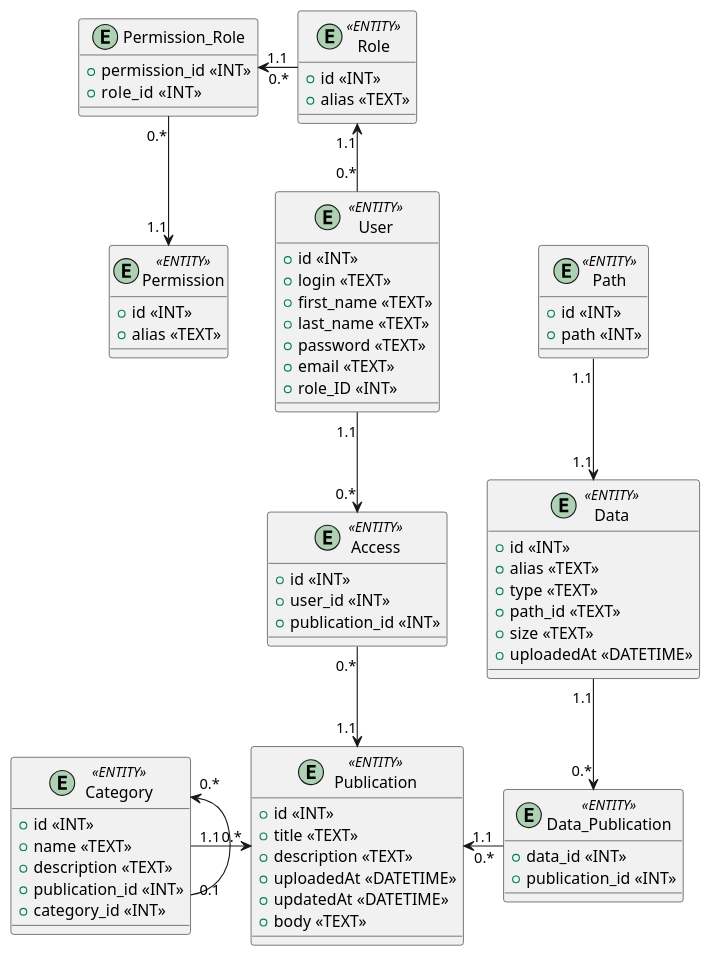
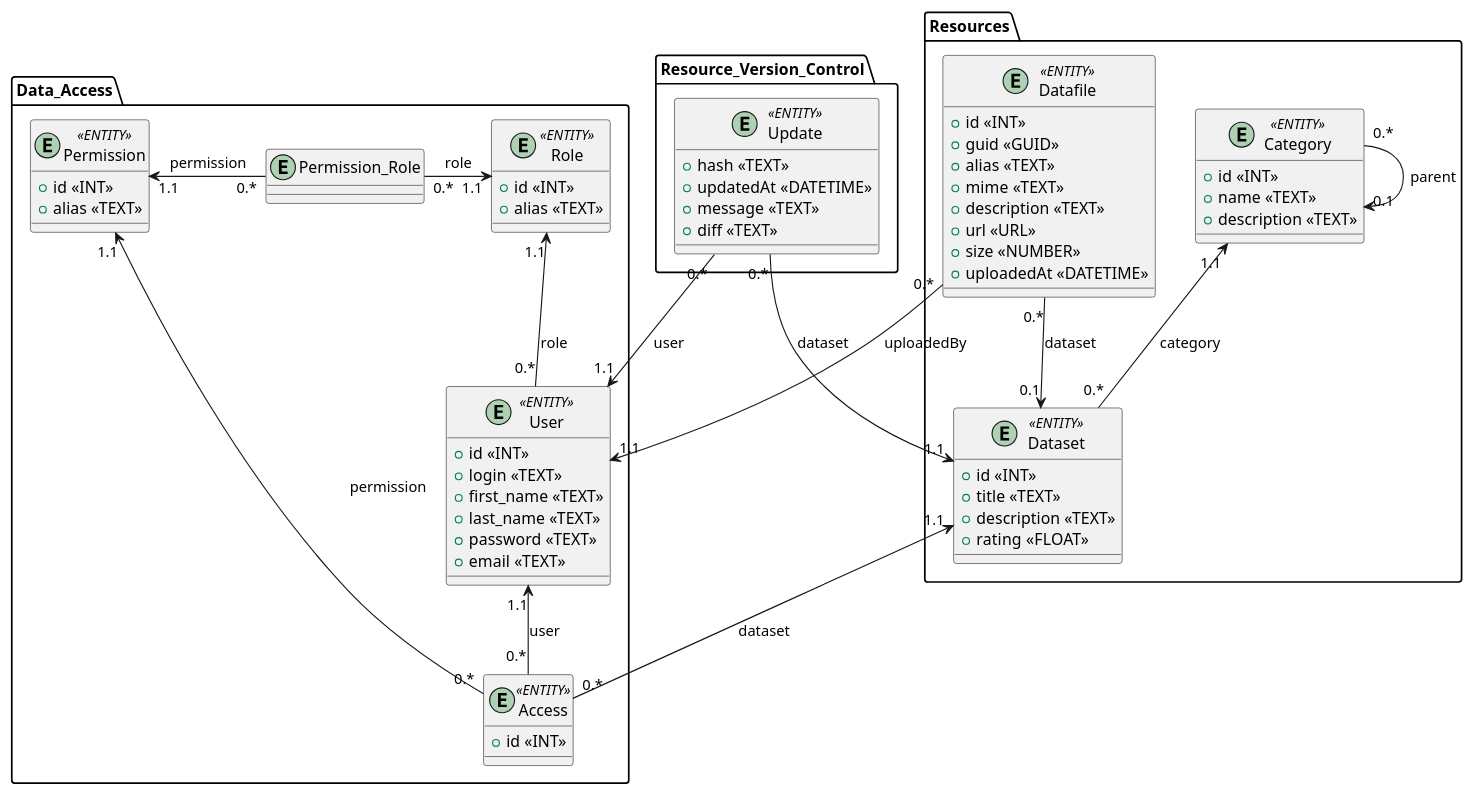
The diagram in docs/design/images/ER_model.puml (dimatortik/db-course-theme2), drawn with PlantUML before and after one commit. The commit also changed 3 other files, not shown here.

```diff
--- a/docs/design/images/ER_model.puml
+++ b/docs/design/images/ER_model.puml
@@ -8,87 +8,81 @@
 @startuml
-
-entity "User" <<ENTITY>>  {
-  + id <<INT>>
-  + login <<TEXT>>
-  + first_name <<TEXT>> 
-  + last_name <<TEXT>>
-  + password <<TEXT>> 
-  + email <<TEXT>> 
-  + role_ID <<INT>>
+package Data_Access{
+    entity "User" <<ENTITY>>  {
+      + id <<INT>>
+      + login <<TEXT>>
+      + first_name <<TEXT>> 
+      + last_name <<TEXT>>
+      + password <<TEXT>> 
+      + email <<TEXT>> 
+    }
+    
+    entity "Role" <<ENTITY>>  {
+      + id <<INT>> 
+      + alias <<TEXT>>
+    }
+    
+    entity "Permission_Role" {
+    
+    }
+    
+    entity "Permission" <<ENTITY>> {
+      + id <<INT>>
+      + alias <<TEXT>>
+    }
+    
+    entity "Access" <<ENTITY>>  {
+      + id <<INT>> 
+    }
+}
+package Resources{
+    entity "Dataset" <<ENTITY>>  {
+      + id <<INT>> 
+      + title <<TEXT>> 
+      + description <<TEXT>>
+      + rating <<FLOAT>>
+    }
+    
+    entity "Datafile" <<ENTITY>>  {
+      + id <<INT>> 
+      + guid <<GUID>>
+      + alias <<TEXT>> 
+      + mime <<TEXT>>
+      + description <<TEXT>>
+      + url <<URL>>
+      + size <<NUMBER>> 
+      + uploadedAt <<DATETIME>> 
+    }
+    
+    
+    entity "Category" <<ENTITY>>  {
+      + id <<INT>> 
+      + name <<TEXT>> 
+      + description <<TEXT>> 
+    }
 }
 
-entity "Role" <<ENTITY>>  {
-  + id <<INT>> 
-  + alias <<TEXT>>
+package Resource_Version_Control{
+
+    entity "Update" <<ENTITY>> {
+        + hash <<TEXT>>
+        + updatedAt <<DATETIME>>
+        + message <<TEXT>>
+        + diff <<TEXT>>
+    }
 }
-
-entity "Permission_Role" {
-  + permission_id <<INT>>
-  + role_id  <<INT>>
-}
-
-entity "Permission" <<ENTITY>> {
-  + id <<INT>>
-  + alias <<TEXT>>
-}
-
-entity "Access" <<ENTITY>>  {
-  + id <<INT>> 
-  + user_id <<INT>>
-  + publication_id <<INT>>
-}
-
-entity "Publication" <<ENTITY>>  {
-  + id <<INT>> 
-  + title <<TEXT>> 
-  + description <<TEXT>> 
-  + uploadedAt <<DATETIME>> 
-  + updatedAt <<DATETIME>> 
-  + body <<TEXT>>
-}
-
-entity "Data_Publication" <<ENTITY>>  {
-  + data_id <<INT>>
-  + publication_id <<INT>> 
-
-}
-
-entity "Path" <<ENTITY>>  {
-  + id <<INT>>
-  + path <<INT>> 
-
-}
-
-entity "Data" <<ENTITY>>  {
-  + id <<INT>> 
-  + alias <<TEXT>> 
-  + type <<TEXT>>
-  + path_id <<TEXT>>
-  + size <<TEXT>> 
-  + uploadedAt <<DATETIME>> 
-}
-
-
-entity "Category" <<ENTITY>>  {
-  + id <<INT>> 
-  + name <<TEXT>> 
-  + description <<TEXT>> 
-  + publication_id <<INT>>
-  + category_id <<INT>>
-}
-
-
-User "0.*"-u->"1.1" Role 
-Role "0.*"-l->"1.1" Permission_Role
-Permission_Role "0.*"-d->"1.1" Permission
-User "1.1"-d->"0.*" Access
-Access "0.*"-d->"1.1" Publication
-Data_Publication "0.*"-l->"1.1" Publication
-Data "1.1"-d->"0.*" Data_Publication
-Path "1.1"-d->"1.1" Data
-Category "1.1"-r->"0.*" Publication
-Category "0.1"-l->"0.*" Category
+User "0.*"-u->"1.1" Role : role
+Role "1.1"<-l-"0.*" Permission_Role : role
+Permission_Role "0.*"-l->"1.1" Permission : permission
+User "1.1"<-d-"0.*" Access:user
+Permission "1.1"<-d-"0.*" Access: permission
+Access "0.*"-->"1.1" Dataset:dataset
+Datafile "0.*"-->"0.1" Dataset:dataset
+Category "1.1"<-d-"0.*" Dataset: category
+Category "0.1"<-l-"0.*" Category :parent
+Datafile "0.*"-->"1.1" User :uploadedBy
+Update "0.*"-d->"1.1" User :user
+Update "0.*"-d->"1.1" Dataset: dataset
 
 
 
 @enduml
```
